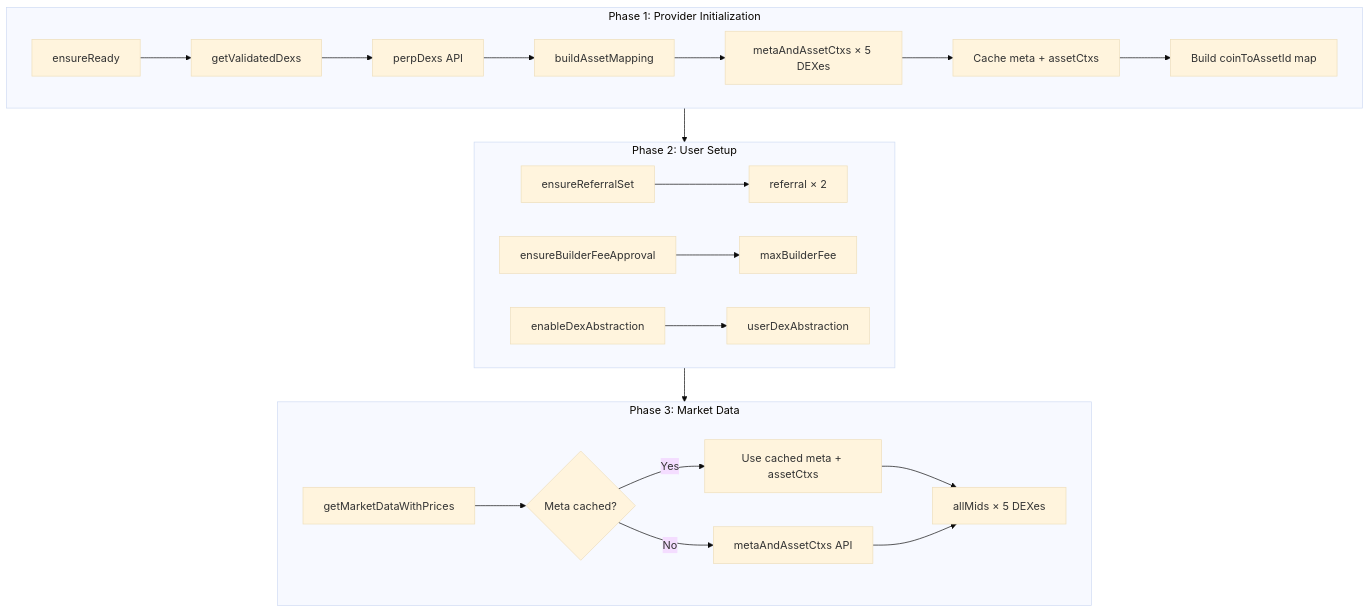
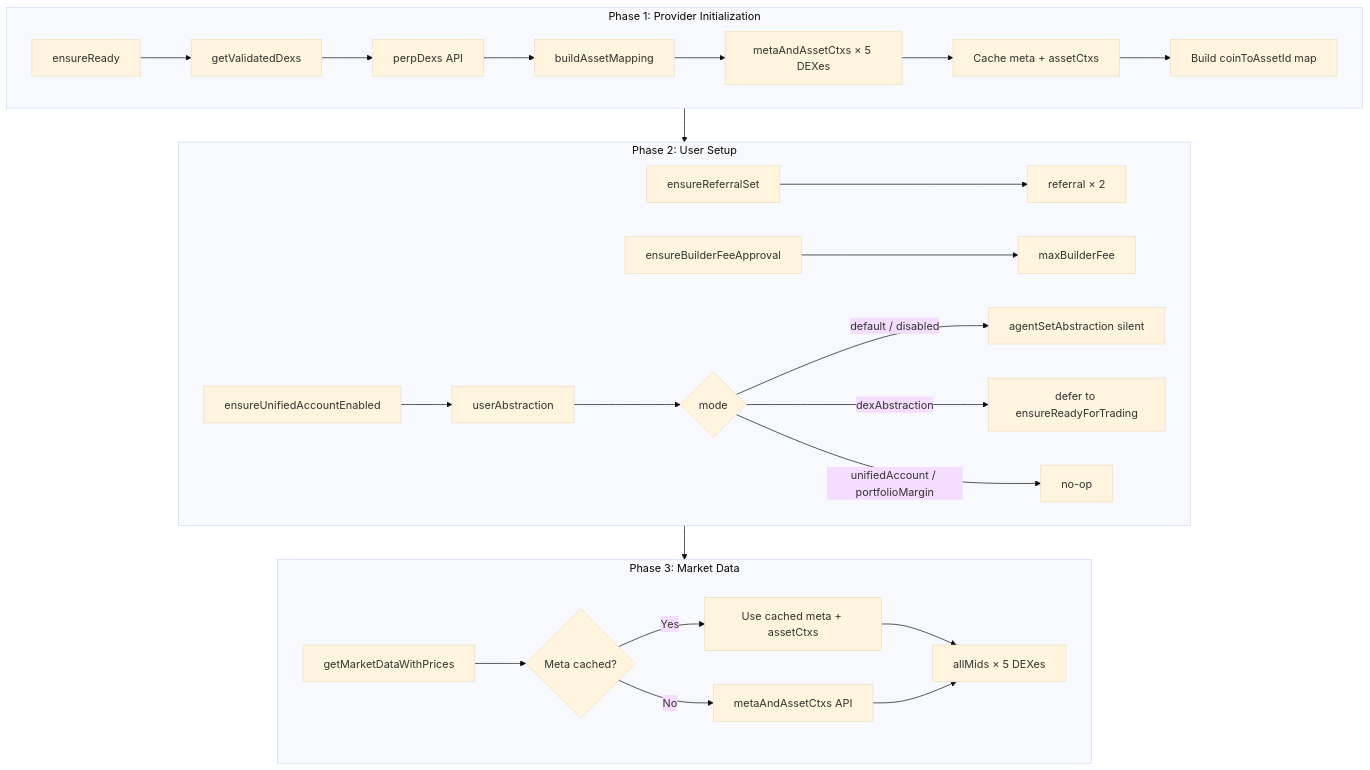
One commit to MetaMask/metamask-mobile changed the second of 4 diagrams in docs/perps/hyperliquid/init-flow.md. Above: the diagram before and after it, drawn with Mermaid (base theme). The commit also changed other lines of this file and 3 other files, not shown here.

First line of the commit message:
fix(perps): defer dexAbstraction → unifiedAccount migration to action time

````diff
--- a/docs/perps/hyperliquid/init-flow.md
+++ b/docs/perps/hyperliquid/init-flow.md
@@ -153,28 +168,32 @@
 ```mermaid
 flowchart TD
     subgraph Phase1["Phase 1: Provider Initialization"]
         A[ensureReady] --> B[getValidatedDexs]
         B --> C[perpDexs API]
         C --> D[buildAssetMapping]
         D --> E["metaAndAssetCtxs × 5 DEXes"]
         E --> F[Cache meta + assetCtxs]
         F --> G[Build coinToAssetId map]
     end
 
     subgraph Phase2["Phase 2: User Setup"]
         H[ensureReferralSet] --> I["referral × 2"]
         J[ensureBuilderFeeApproval] --> K[maxBuilderFee]
-        L[enableDexAbstraction] --> M[userDexAbstraction]
+        L[ensureUnifiedAccountEnabled] --> M[userAbstraction]
+        M --> M1{mode}
+        M1 -->|default / disabled| M2[agentSetAbstraction silent]
+        M1 -->|dexAbstraction| M3[defer to ensureReadyForTrading]
+        M1 -->|unifiedAccount / portfolioMargin| M4[no-op]
     end
 
     subgraph Phase3["Phase 3: Market Data"]
         N[getMarketDataWithPrices] --> O{Meta cached?}
         O -->|Yes| P[Use cached meta + assetCtxs]
         O -->|No| Q[metaAndAssetCtxs API]
         P --> R["allMids × 5 DEXes"]
         Q --> R
     end
 
     Phase1 --> Phase2
     Phase2 --> Phase3
 ```
````
